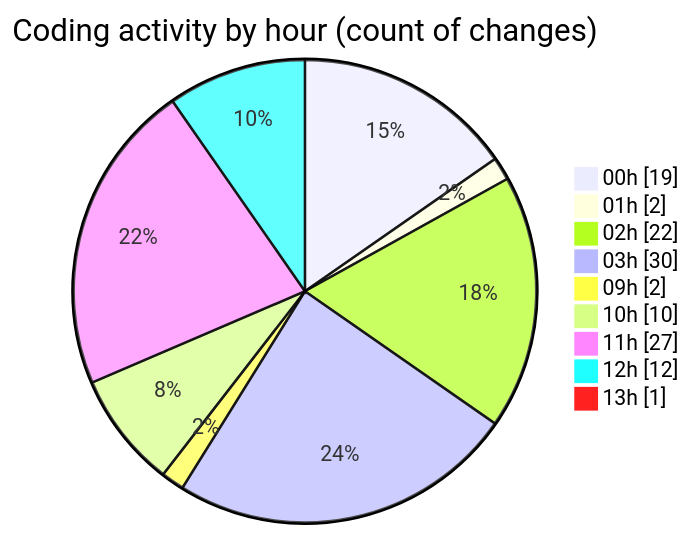
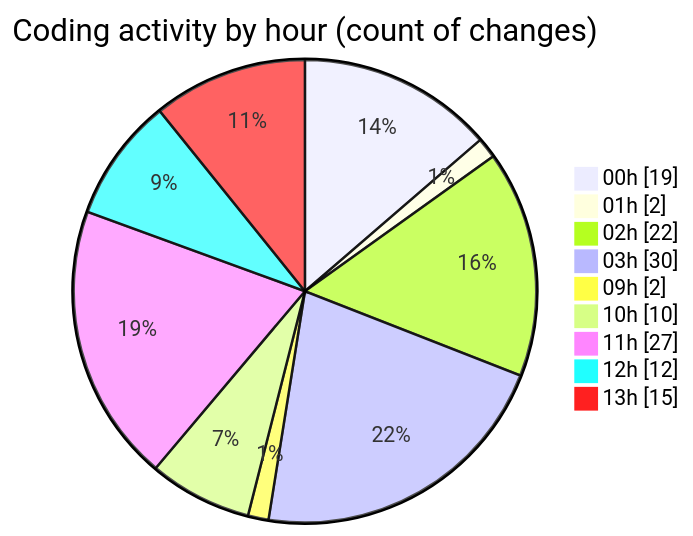
One commit to julien-gomy/code-tracking changed the second of 2 diagrams in 2025-10-21/eventscop-frontend-guide__workspace_/README.md. Above: the diagram before and after it, drawn with Mermaid. The commit also changed other lines of this file and 1 other file, not shown here.

````diff
--- a/2025-10-21/eventscop-frontend-guide__workspace_/README.md
+++ b/2025-10-21/eventscop-frontend-guide__workspace_/README.md
@@ -54,13 +54,13 @@
 ```mermaid
 pie showData
 title Coding activity by hour (count of changes)
 "00h" : 19
 "01h" : 2
 "02h" : 22
 "03h" : 30
 "09h" : 2
 "10h" : 10
 "11h" : 27
 "12h" : 12
-"13h" : 1
+"13h" : 15
 ```
````
